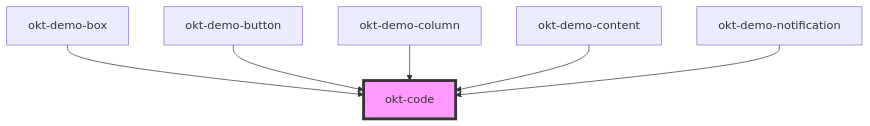
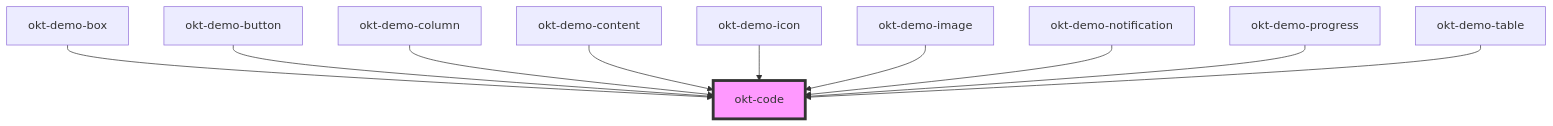
One commit to oktopusdgtl/bulma-components changed the diagram in src/components/code/readme.md. Above: the diagram before and after it, drawn with Mermaid. The commit also changed other lines of this file and 36 other files, not shown here.

````diff
--- a/src/components/code/readme.md
+++ b/src/components/code/readme.md
@@ -19,9 +23,13 @@
 ```mermaid
 graph TD;
   okt-demo-box --> okt-code
   okt-demo-button --> okt-code
   okt-demo-column --> okt-code
   okt-demo-content --> okt-code
+  okt-demo-icon --> okt-code
+  okt-demo-image --> okt-code
   okt-demo-notification --> okt-code
+  okt-demo-progress --> okt-code
+  okt-demo-table --> okt-code
   style okt-code fill:#f9f,stroke:#333,stroke-width:4px
 ```
````
